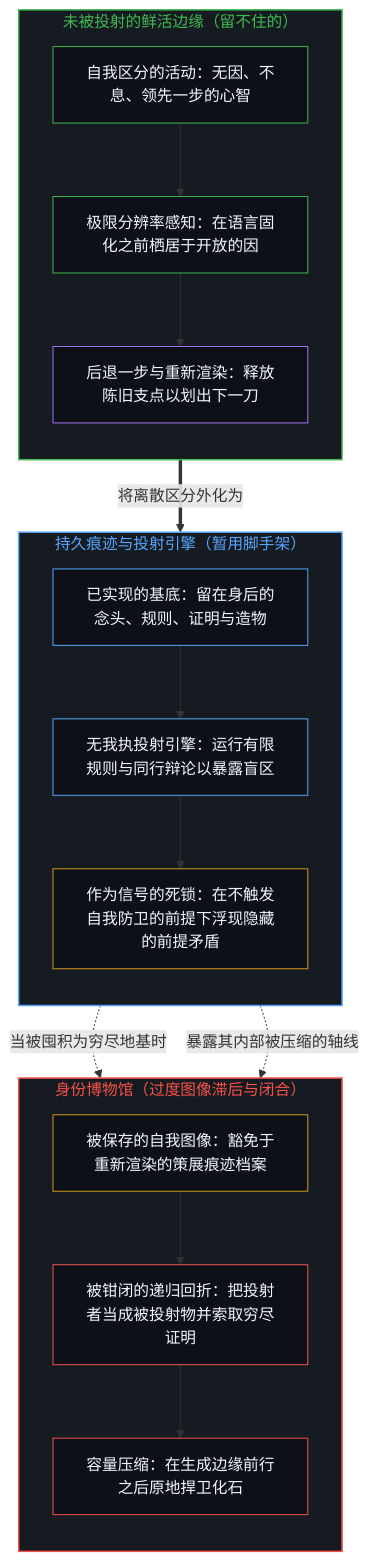
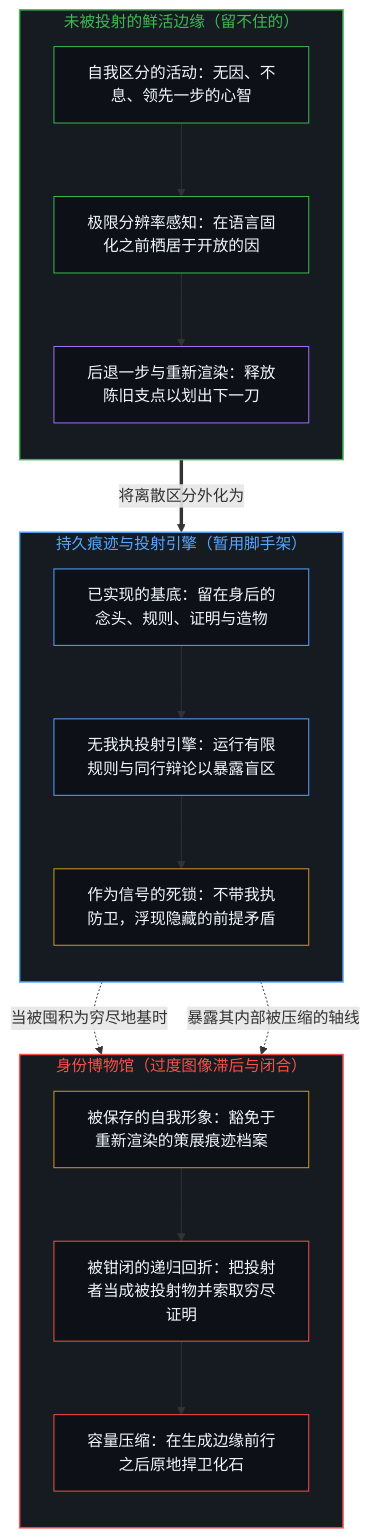
One commit to powerpig99/not-a-toe changed the first of 2 diagrams in content/posts/what-cannot-be-kept.md. Above: the diagram before and after it, drawn with Mermaid. The commit also changed other lines of this file and 2 other files, not shown here.

````diff
--- a/content/posts/what-cannot-be-kept.md
+++ b/content/posts/what-cannot-be-kept.md
@@ -49,43 +49,39 @@
 ```mermaid
 flowchart TD
     subgraph S_Edge["未被投射的鲜活边缘（留不住的）"]
         direction TB
         E_Act["自我区分的活动：无因、不息、领先一步的心智"]
         E_Sense["极限分辨率感知：在语言固化之前栖居于开放的因"]
         E_Redraw["后退一步与重新渲染：释放陈旧支点以划出下一刀"]
         E_Act --> E_Sense --> E_Redraw
     end
-
     subgraph S_Trace["持久痕迹与投射引擎（暂用脚手架）"]
         direction TB
         T_Art["已实现的基底：留在身后的念头、规则、证明与造物"]
         T_Agent["无我执投射引擎：运行有限规则与同行辩论以暴露盲区"]
-        T_Signal["作为信号的死锁：在不触发自我防卫的前提下浮现隐藏的前提矛盾"]
+        T_Signal["作为信号的死锁：不带我执防卫，浮现隐藏的前提矛盾"]
         T_Art --> T_Agent --> T_Signal
     end
-
     subgraph S_Museum["身份博物馆（过度图像滞后与闭合）"]
         direction TB
-        M_Hold["被保存的自我图像：豁免于重新渲染的策展痕迹档案"]
+        M_Hold["被保存的自我形象：豁免于重新渲染的策展痕迹档案"]
         M_Clamp["被钳闭的递归回折：把投射者当成被投射物并索取穷尽证明"]
         M_Stall["容量压缩：在生成边缘前行之后原地捍卫化石"]
         M_Hold --> M_Clamp --> M_Stall
     end
-
     E_Redraw ==>|"将离散区分外化为"| T_Art
     T_Art -.->|"当被囤积为穷尽地基时"| M_Hold
     T_Signal -.->|"暴露其内部被压缩的轴线"| M_Clamp
-
     style S_Edge fill:#161b22,stroke:#3fb950,stroke-width:1.5px,color:#3fb950
     style S_Trace fill:#161b22,stroke:#58a6ff,stroke-width:1.5px,color:#58a6ff
     style S_Museum fill:#161b22,stroke:#f85149,stroke-width:1.5px,color:#f85149
     style E_Act fill:#0d1117,stroke:#3fb950,stroke-width:1px,color:#f0f6fc
     style E_Sense fill:#0d1117,stroke:#3fb950,stroke-width:1px,color:#f0f6fc
     style E_Redraw fill:#0d1117,stroke:#a371f7,stroke-width:1px,color:#f0f6fc
     style T_Art fill:#0d1117,stroke:#58a6ff,stroke-width:1px,color:#f0f6fc
     style T_Agent fill:#0d1117,stroke:#58a6ff,stroke-width:1px,color:#f0f6fc
     style T_Signal fill:#0d1117,stroke:#d29922,stroke-width:1px,color:#f0f6fc
     style M_Hold fill:#0d1117,stroke:#d29922,stroke-width:1px,color:#f0f6fc
     style M_Clamp fill:#0d1117,stroke:#f85149,stroke-width:1px,color:#f0f6fc
     style M_Stall fill:#0d1117,stroke:#f85149,stroke-width:1px,color:#f0f6fc
 ```
````
